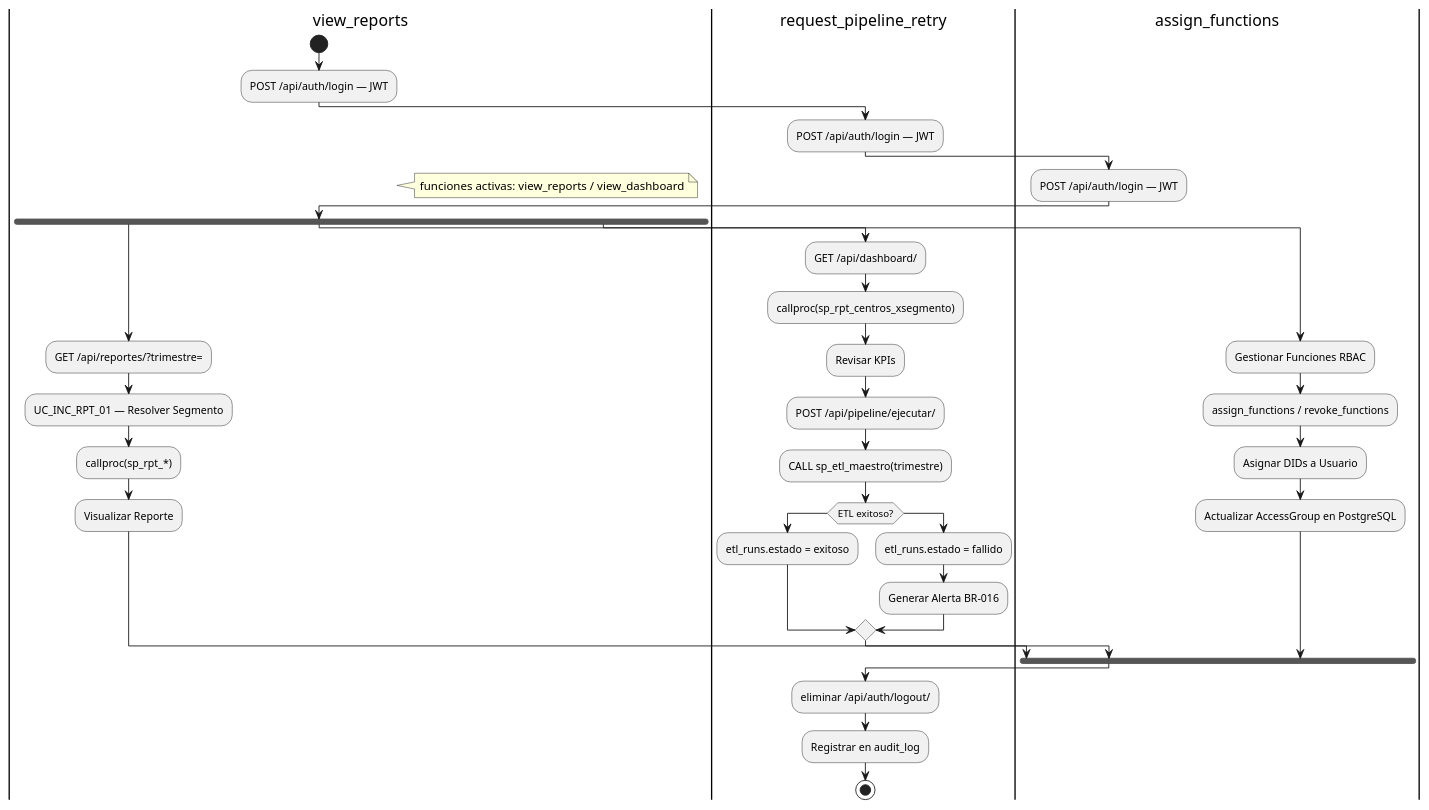
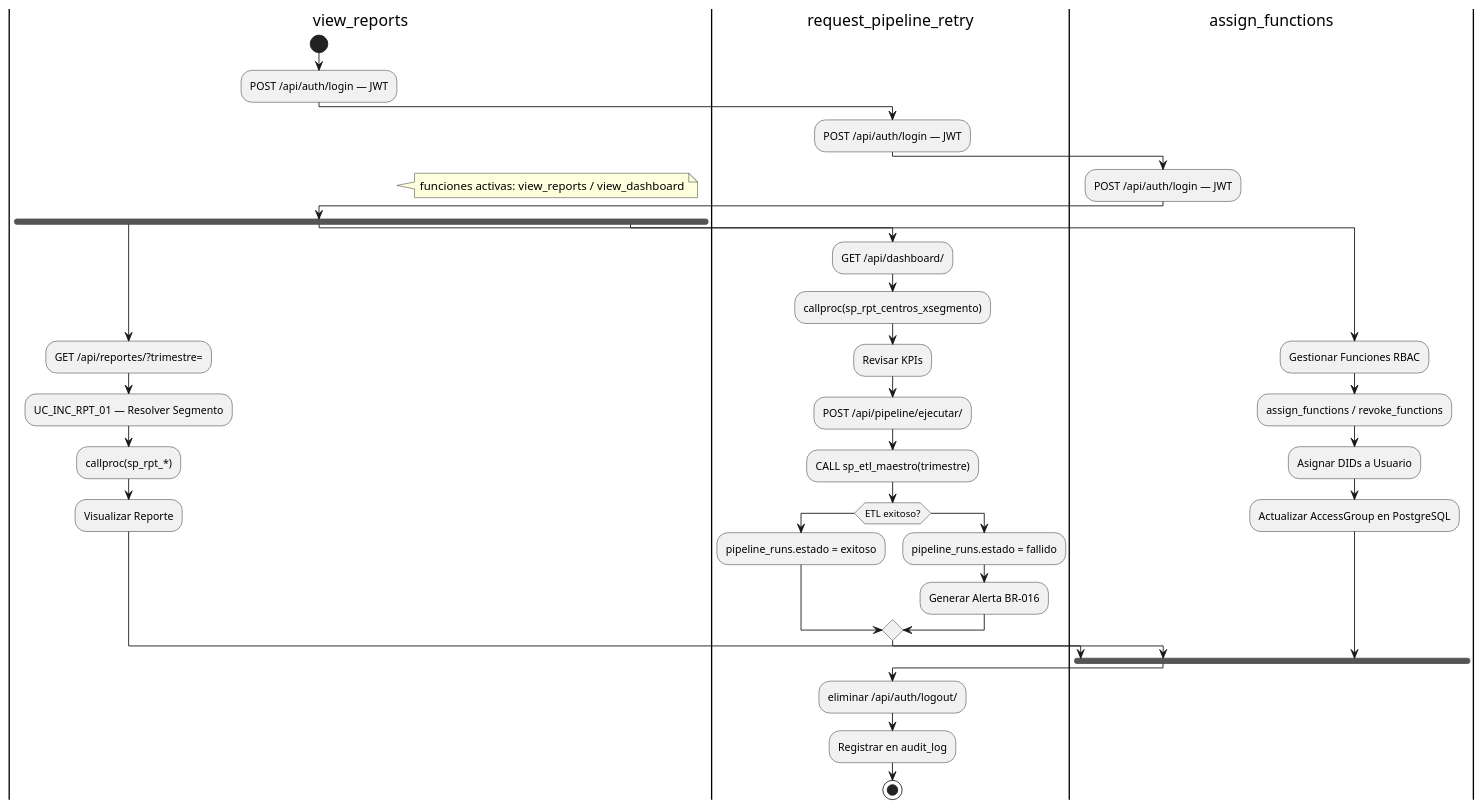
The diagram in source/arquitectura-tecnica/system-view/actividad-flujo-principal.rst (jcg-admin/IACT-docs), drawn with PlantUML before and after one commit. The commit also changed 96 other files, not shown here.

First line of the commit message:
Apply CNST-033: rename ETL→Pipeline in domain-model + sweep refs

```diff
--- a/source/arquitectura-tecnica/system-view/actividad-flujo-principal.rst
+++ b/source/arquitectura-tecnica/system-view/actividad-flujo-principal.rst
@@ -27,63 +27,63 @@
 .. uml::
  :caption: Figura 6 — Diagrama de actividad (flujo principal por grupo RBAC)
 
  @startuml
 
  |view_reports|
  start
 
  |request_pipeline_retry|
 
  |assign_functions|
 
  |view_reports|
  :POST /api/auth/login — JWT;
 
  |request_pipeline_retry|
  :POST /api/auth/login — JWT;
 
  |assign_functions|
  :POST /api/auth/login — JWT;
 
  |view_reports|
  note right: funciones activas: view_reports / view_dashboard
 
  fork
 
    |view_reports|
    :GET /api/reportes/?trimestre=;
    :UC_INC_RPT_01 — Resolver Segmento;
    :callproc(sp_rpt_*);
    :Visualizar Reporte;
 
  fork again
 
    |request_pipeline_retry|
    :GET /api/dashboard/;
    :callproc(sp_rpt_centros_xsegmento);
    :Revisar KPIs;
    :POST /api/pipeline/ejecutar/;
    :CALL sp_etl_maestro(trimestre);
    if (ETL exitoso?) then
-     :etl_runs.estado = exitoso;
+     :pipeline_runs.estado = exitoso;
    else
-     :etl_runs.estado = fallido;
+     :pipeline_runs.estado = fallido;
      :Generar Alerta BR-016;
    endif
 
  fork again
 
    |assign_functions|
    :Gestionar Funciones RBAC;
    :assign_functions / revoke_functions;
    :Asignar DIDs a Usuario;
    :Actualizar AccessGroup en PostgreSQL;
 
  end fork
 
  |request_pipeline_retry|
  :eliminar /api/auth/logout/;
  :Registrar en audit_log;
  stop
 
  @enduml
```
